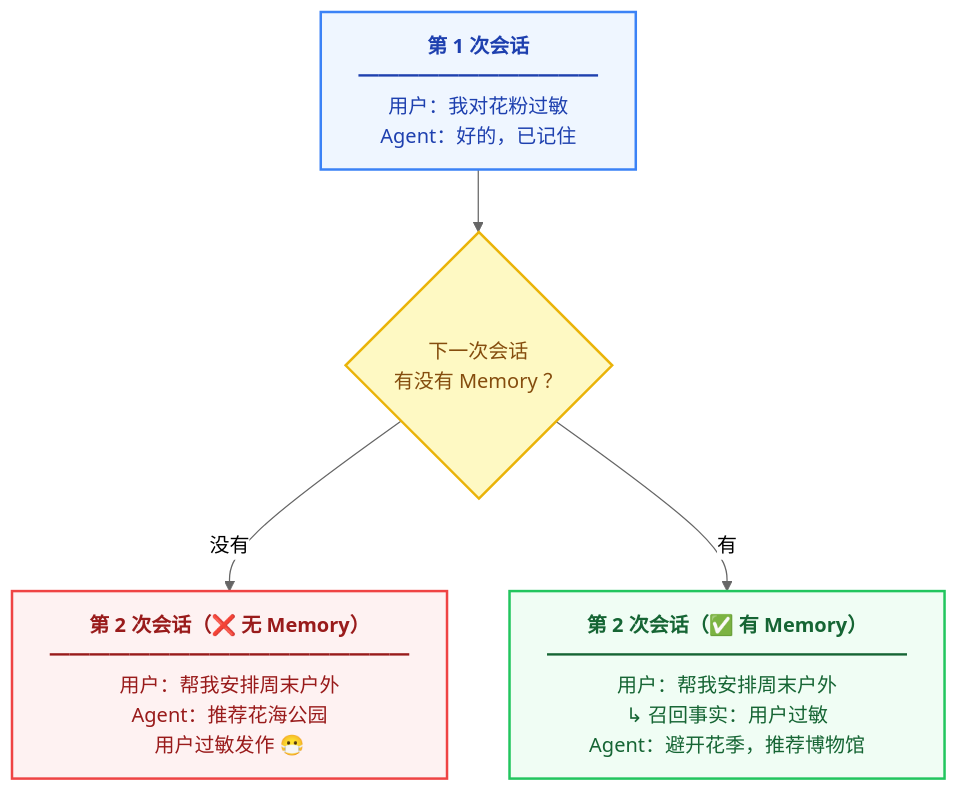
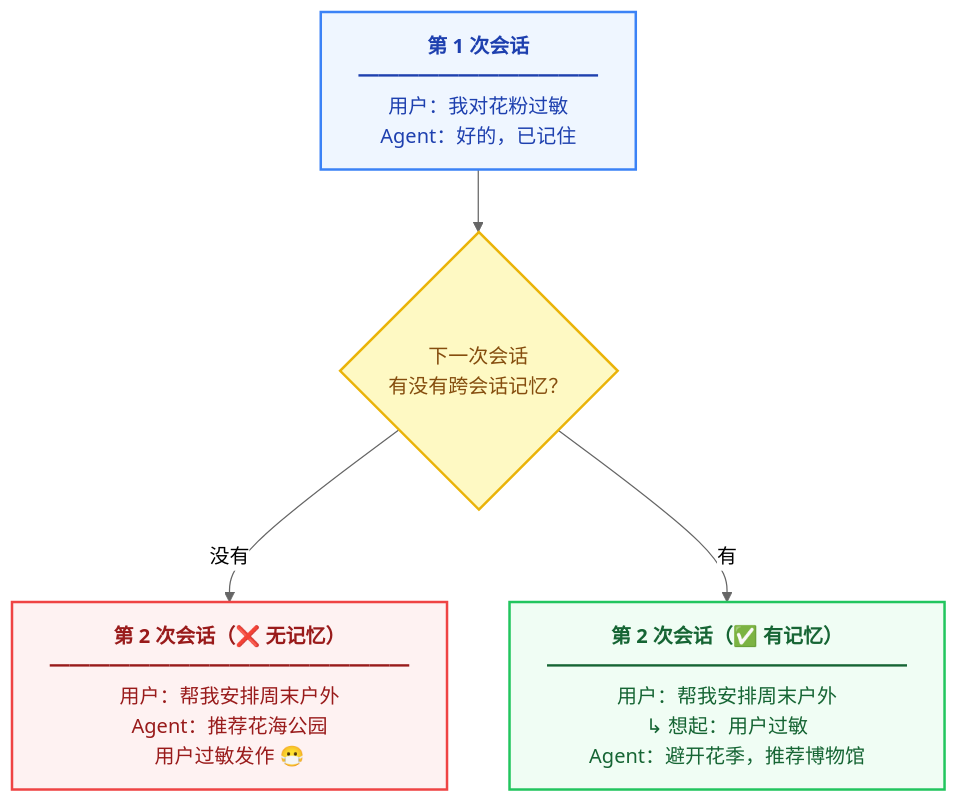
One commit to ChaonanShen/vibe-agent-course changed the first of 2 diagrams in 04-context-and-memory/lecture/14-memory-types.md. Above: the diagram before and after it, drawn with Mermaid (neutral theme). The commit also changed other lines of this file and 7 other files, not shown here.

````diff
--- a/04-context-and-memory/lecture/14-memory-types.md
+++ b/04-context-and-memory/lecture/14-memory-types.md
@@ -26,19 +11,19 @@
 ```mermaid
 flowchart TD
     S1["<b>第 1 次会话</b><br/>━━━━━━━━━━━━<br/>用户：我对花粉过敏<br/>Agent：好的，已记住"]
 
-    S1 --> CHOICE{"下一次会话<br/>有没有 Memory ？"}
+    S1 --> CHOICE{"下一次会话<br/>有没有跨会话记忆？"}
 
-    CHOICE -->|没有| S2["<b>第 2 次会话（❌ 无 Memory）</b><br/>━━━━━━━━━━━━━━━━━━<br/>用户：帮我安排周末户外<br/>Agent：推荐花海公园<br/>用户过敏发作 😷"]
+    CHOICE -->|没有| S2["<b>第 2 次会话（❌ 无记忆）</b><br/>━━━━━━━━━━━━━━━━━━<br/>用户：帮我安排周末户外<br/>Agent：推荐花海公园<br/>用户过敏发作 😷"]
 
-    CHOICE -->|有| S3["<b>第 2 次会话（✅ 有 Memory）</b><br/>━━━━━━━━━━━━━━━━━━<br/>用户：帮我安排周末户外<br/>↳ 召回事实：用户过敏<br/>Agent：避开花季，推荐博物馆"]
+    CHOICE -->|有| S3["<b>第 2 次会话（✅ 有记忆）</b><br/>━━━━━━━━━━━━━━━━━━<br/>用户：帮我安排周末户外<br/>↳ 想起：用户过敏<br/>Agent：避开花季，推荐博物馆"]
 
     classDef base fill:#eff6ff,stroke:#3b82f6,stroke-width:2px,color:#1e40af
     classDef bad  fill:#fef2f2,stroke:#ef4444,stroke-width:2px,color:#991b1b
     classDef good fill:#f0fdf4,stroke:#22c55e,stroke-width:2px,color:#166534
     classDef ctrl fill:#fef9c3,stroke:#eab308,stroke-width:2px,color:#854d0e
     class S1 base
     class S2 bad
     class S3 good
     class CHOICE ctrl
 ```
````
